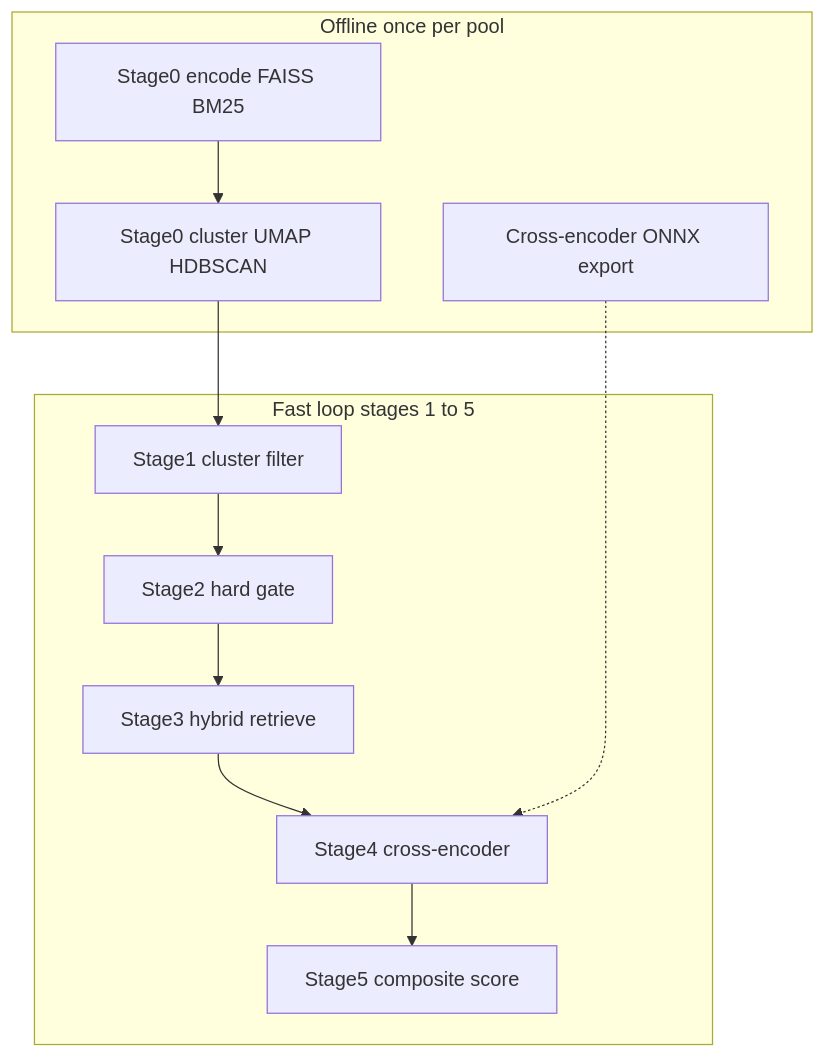
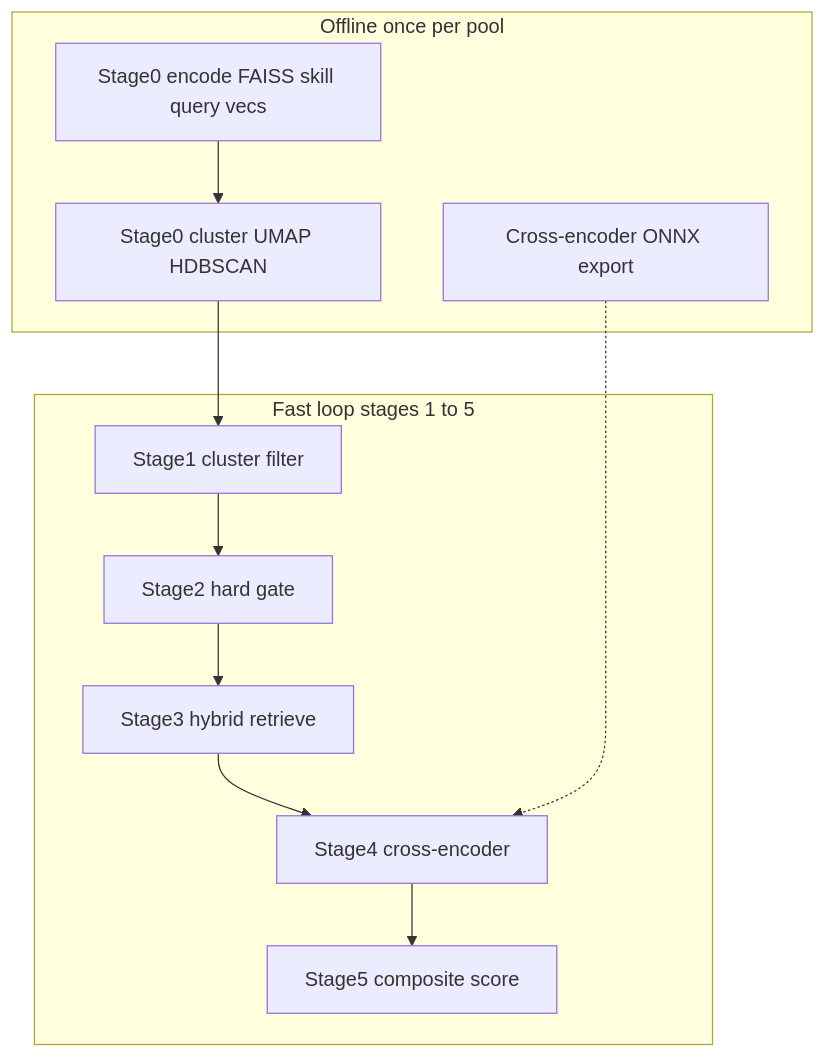
One commit to thzizsreev/RedRob changed the diagram in README.md. Above: the diagram before and after it, drawn with Mermaid. The commit also changed other lines of this file and 54 other files, not shown here.

````diff
--- a/README.md
+++ b/README.md
@@ -344,18 +349,18 @@
 ```mermaid
 flowchart TB
   subgraph offline [Offline once per pool]
-    S0[Stage0 encode FAISS BM25]
+    S0[Stage0 encode FAISS skill query vecs]
     S0C[Stage0 cluster UMAP HDBSCAN]
     CE[Cross-encoder ONNX export]
   end
   subgraph fast [Fast loop stages 1 to 5]
     S1[Stage1 cluster filter]
     S2[Stage2 hard gate]
     S3[Stage3 hybrid retrieve]
     S4[Stage4 cross-encoder]
     S5[Stage5 composite score]
     S1 --> S2 --> S3 --> S4 --> S5
   end
   S0 --> S0C --> S1
   CE -.-> S4
 ```
````
